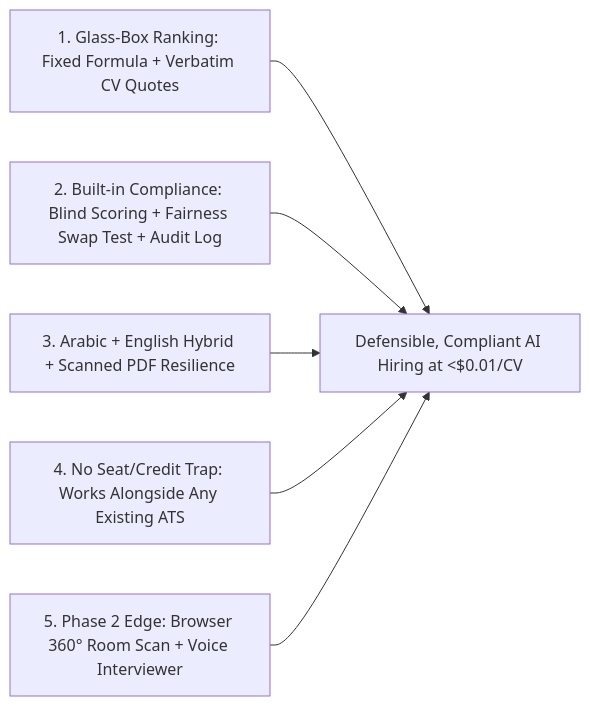
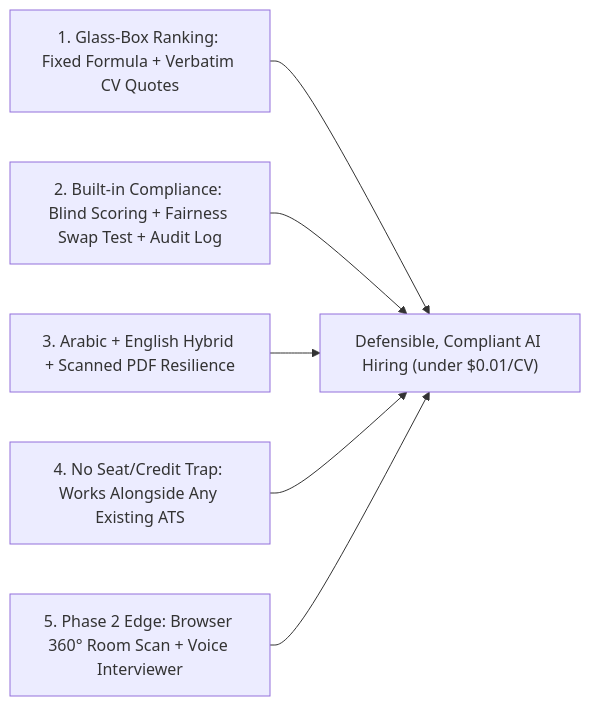
One commit to a-amin-gabr/ai-recruitment-platform changed the second of 2 diagrams in docs/08-competitor-analysis.md. Above: the diagram before and after it, drawn with Mermaid. The commit also changed other lines of this file and 15 other files, not shown here.

Commit message:
docs: fix Mermaid diagrams and prioritize Karim as Team Lead for solo meeting

````diff
--- a/docs/08-competitor-analysis.md
+++ b/docs/08-competitor-analysis.md
@@ -72,8 +72,8 @@
 ```mermaid
 flowchart LR
-    D1["1. Glass-Box Ranking: Fixed Formula + Verbatim CV Quotes"] --> Win["Defensible, Compliant AI Hiring at <$0.01/CV"]
+    D1["1. Glass-Box Ranking: Fixed Formula + Verbatim CV Quotes"] --> Win["Defensible, Compliant AI Hiring (under $0.01/CV)"]
     D2["2. Built-in Compliance: Blind Scoring + Fairness Swap Test + Audit Log"] --> Win
     D3["3. Arabic + English Hybrid + Scanned PDF Resilience"] --> Win
     D4["4. No Seat/Credit Trap: Works Alongside Any Existing ATS"] --> Win
     D5["5. Phase 2 Edge: Browser 360° Room Scan + Voice Interviewer"] --> Win
 ```
````
